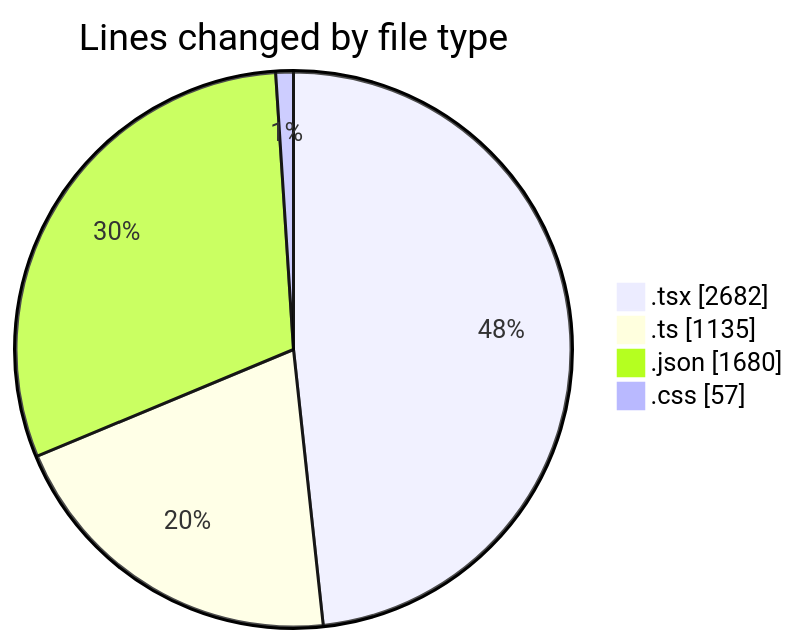
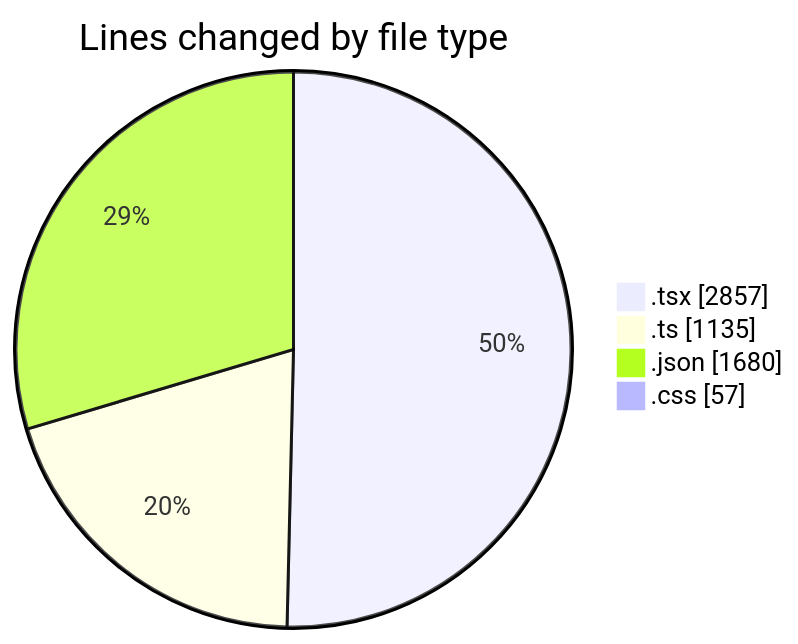
The first of 2 diagrams in 2025-10-09/eventscop-frontend-guide__workspace_/README.md (julien-gomy/code-tracking), drawn with Mermaid before and after one commit. The commit also changed other lines of this file and 1 other file, not shown here.

````diff
--- a/2025-10-09/eventscop-frontend-guide__workspace_/README.md
+++ b/2025-10-09/eventscop-frontend-guide__workspace_/README.md
@@ -50,8 +51,8 @@
 ```mermaid
 pie showData
 title Lines changed by file type
-".tsx" : 2682
+".tsx" : 2857
 ".ts" : 1135
 ".json" : 1680
 ".css" : 57
 ```
````
